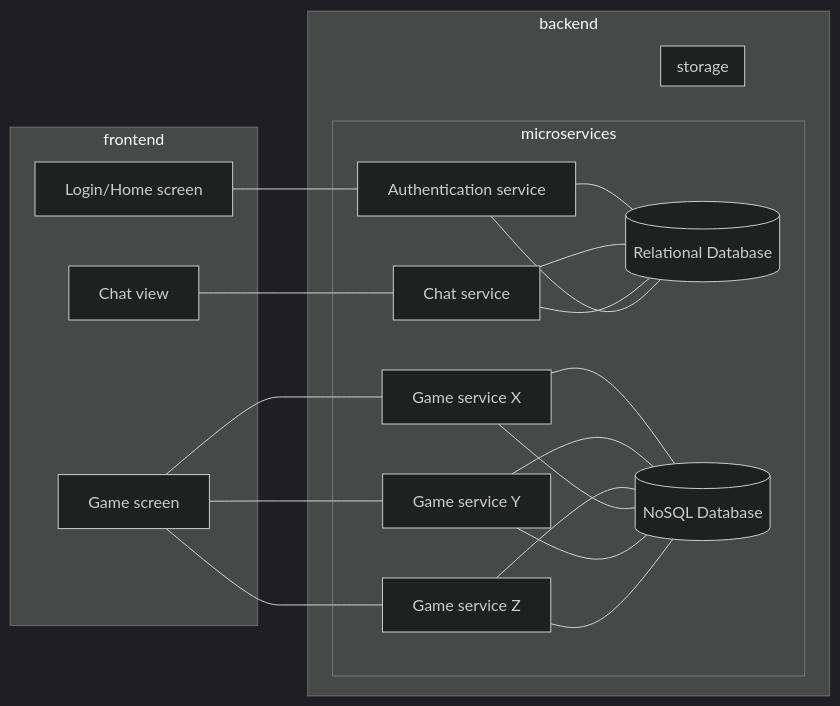
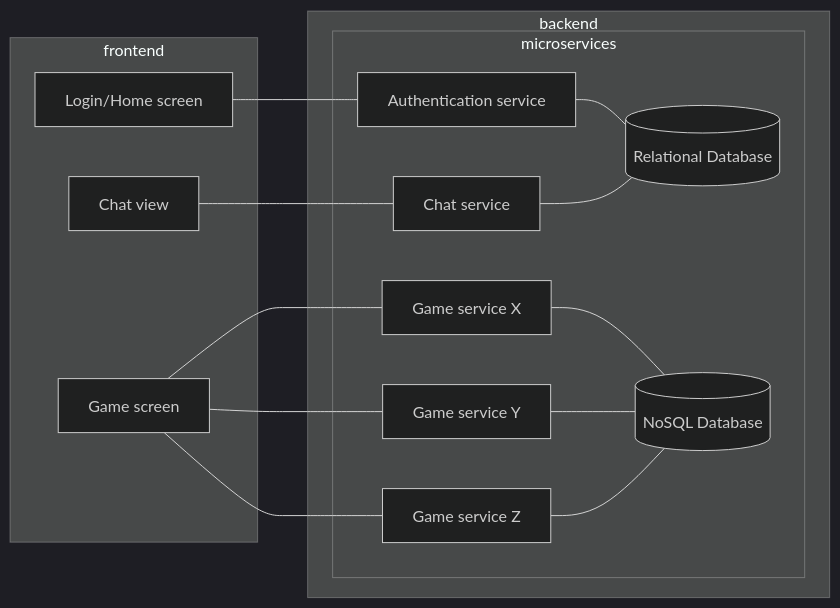
The diagram in documents/ARCHITECTURE.md (stickianempire/stickian), drawn with Mermaid (dark theme) before and after one commit.

Commit message:
I should install mermaid locally 3

````diff
--- a/documents/ARCHITECTURE.md
+++ b/documents/ARCHITECTURE.md
@@ -21,33 +21,26 @@
 ```mermaid
 flowchart LR
     subgraph frontend
         home[Login/Home screen]
         game[Game screen]
         game[Game screen]
         game[Game screen]
         chat[Chat view]
     end
     subgraph backend
         subgraph microservices
             home --- auths
             auths[Authentication service] --- relationaldb
             game --- gameb1
             game --- gameb2
             game --- gameb3
             gameb1[Game service X] --- gamedb
             gameb2[Game service Y] --- gamedb
             gameb3[Game service Z] --- gamedb
             chat --- chatb
             chatb[Chat service] --- relationaldb
-        end
-        subgraph storage
-            gameb1 --- gamedb
-            gameb2 --- gamedb
-            gameb3 --- gamedb
             gamedb[(NoSQL Database)]
-            chatb --- relationaldb
-            auths --- relationaldb
             relationaldb[(Relational Database)]
         end
     end
 ```
````
